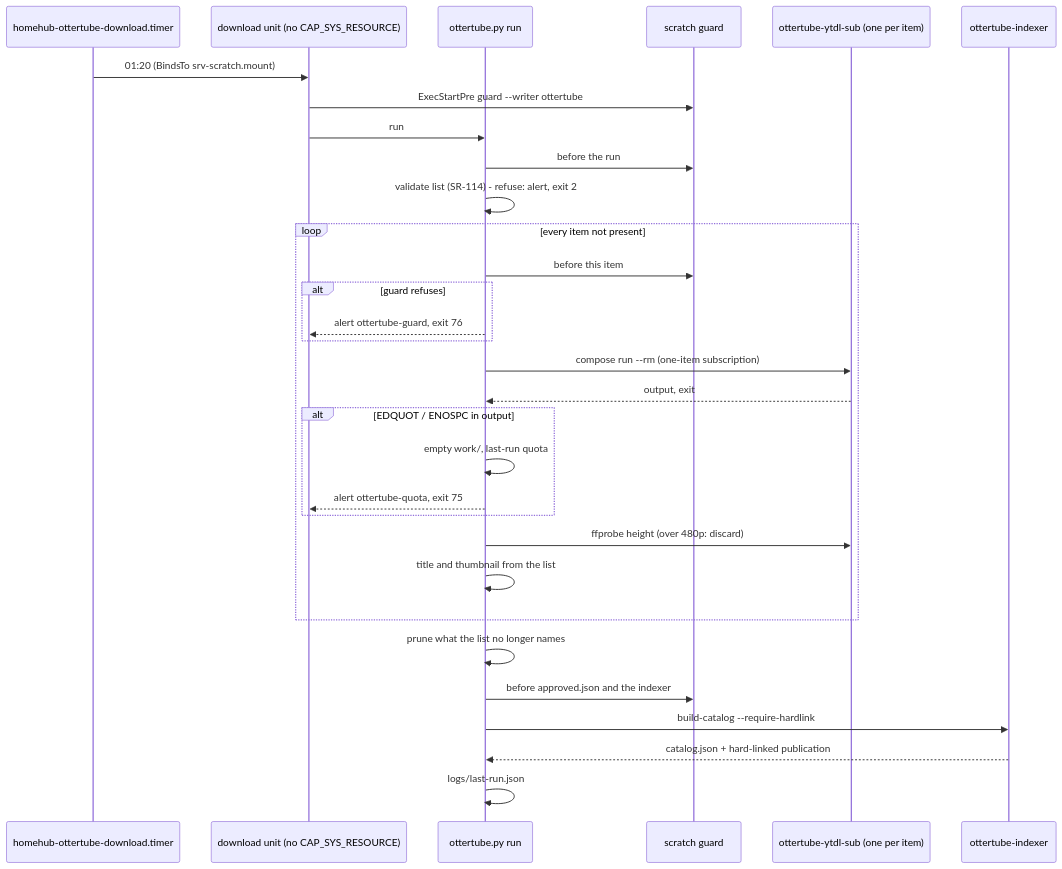
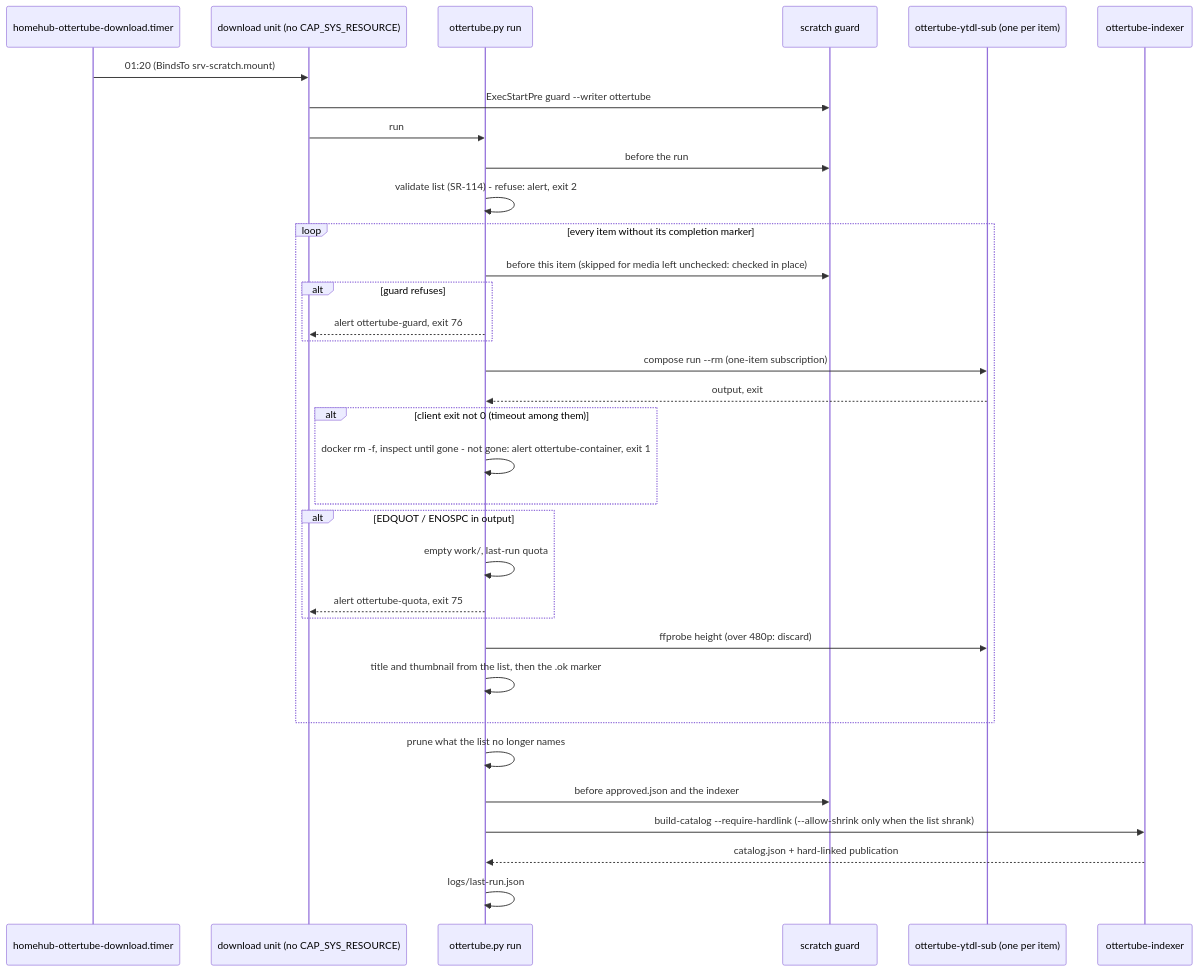
Before and after one commit to diytechy/MiniPC-Deployer: diagram 19 of 21 in docs/architecture.md, drawn with Mermaid. The commit also changed other lines of this file and 8 other files, not shown here.

````diff
--- a/docs/architecture.md
+++ b/docs/architecture.md
@@ -1030,33 +1032,36 @@
 ```mermaid
 sequenceDiagram
     participant T as homehub-ottertube-download.timer
     participant U as download unit (no CAP_SYS_RESOURCE)
     participant R as ottertube.py run
     participant G as scratch guard
     participant Y as ottertube-ytdl-sub (one per item)
     participant I as ottertube-indexer
     T->>U: 01:20 (BindsTo srv-scratch.mount)
     U->>G: ExecStartPre guard --writer ottertube
     U->>R: run
     R->>G: before the run
     R->>R: validate list (SR-114) - refuse: alert, exit 2
-    loop every item not present
-        R->>G: before this item
+    loop every item without its completion marker
+        R->>G: before this item (skipped for media left unchecked: checked in place)
         alt guard refuses
             R-->>U: alert ottertube-guard, exit 76
         end
         R->>Y: compose run --rm (one-item subscription)
         Y-->>R: output, exit
+        alt client exit not 0 (timeout among them)
+            R->>R: docker rm -f, inspect until gone - not gone: alert ottertube-container, exit 1
+        end
         alt EDQUOT / ENOSPC in output
             R->>R: empty work/, last-run quota
             R-->>U: alert ottertube-quota, exit 75
         end
         R->>Y: ffprobe height (over 480p: discard)
-        R->>R: title and thumbnail from the list
+        R->>R: title and thumbnail from the list, then the .ok marker
     end
     R->>R: prune what the list no longer names
     R->>G: before approved.json and the indexer
-    R->>I: build-catalog --require-hardlink
+    R->>I: build-catalog --require-hardlink (--allow-shrink only when the list shrank)
     I-->>R: catalog.json + hard-linked publication
     R->>R: logs/last-run.json
 ```
````
